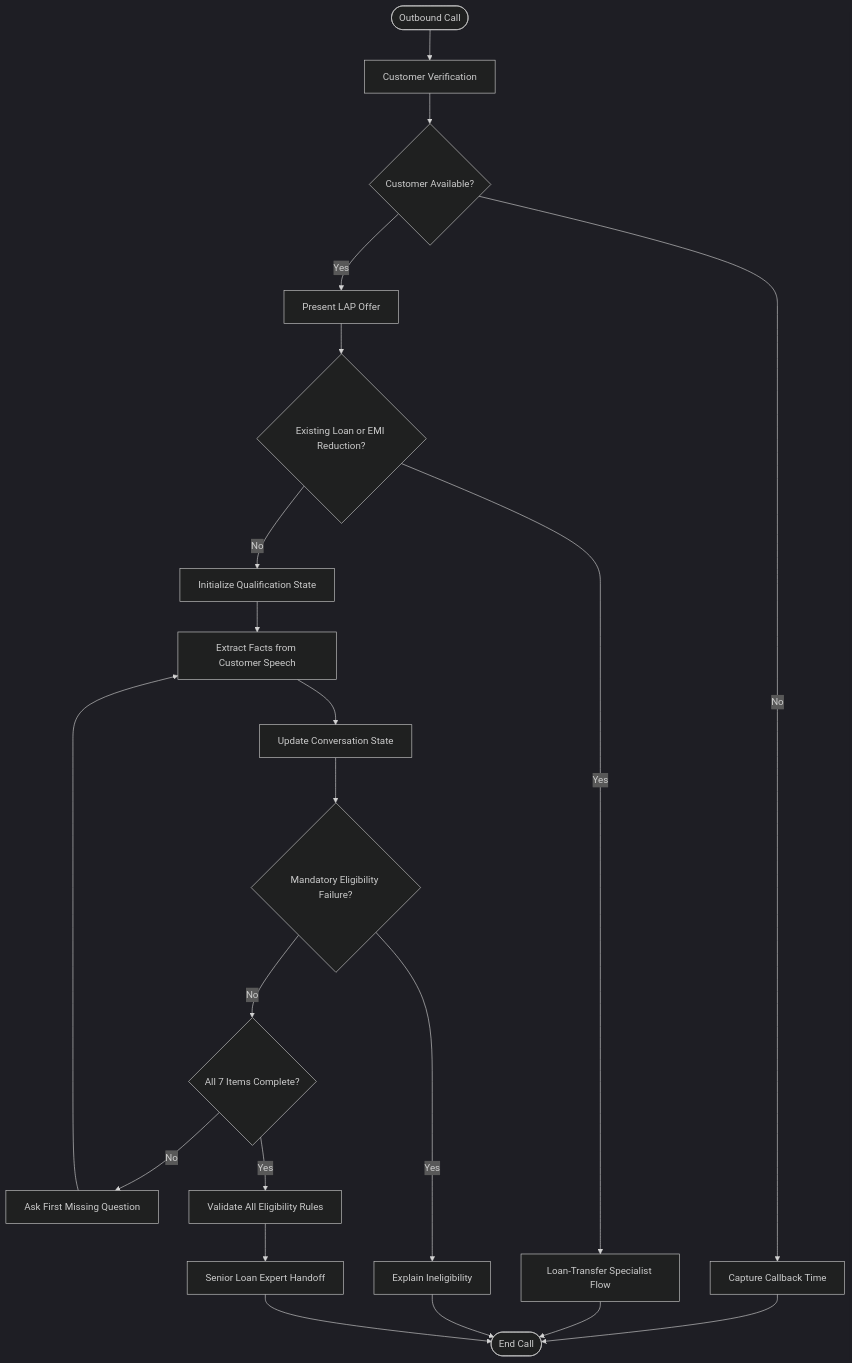
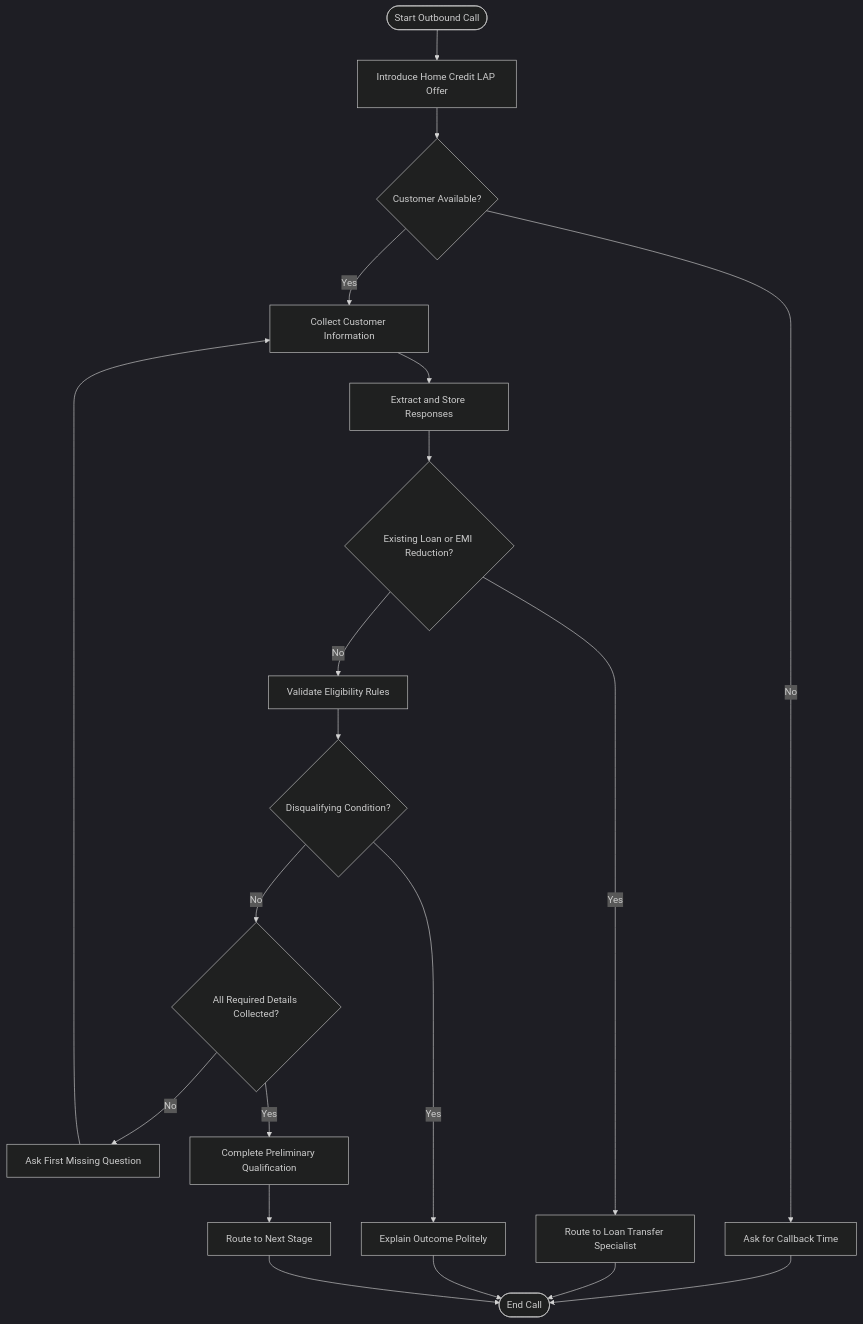
Before and after one commit to bhavanaunaidu/Sales_Agent_ai_assignment-: the diagram in README.md, drawn with Mermaid (dark theme). The commit also changed other lines of this file, not shown here.

````diff
--- a/README.md
+++ b/README.md
@@ -96,30 +88,29 @@
 ```mermaid
 flowchart TD
-    A([Outbound Call]) --> B[Customer Verification]
+    A([Start Outbound Call]) --> B[Introduce Home Credit LAP Offer]
     B --> C{Customer Available?}
 
-    C -- No --> D[Capture Callback Time]
-    D --> Z([End Call])
+    C -- No --> D[Ask for Callback Time]
+    D --> E([End Call])
 
-    C -- Yes --> E[Present LAP Offer]
-    E --> F{Existing Loan or EMI Reduction?}
+    C -- Yes --> F[Collect Customer Information]
+    F --> G[Extract and Store Responses]
+    G --> H{Existing Loan or EMI Reduction?}
 
-    F -- Yes --> G[Loan-Transfer Specialist Flow]
-    G --> Z
+    H -- Yes --> I[Route to Loan Transfer Specialist]
+    I --> E
 
-    F -- No --> H[Initialize Qualification State]
-    H --> I[Extract Facts from Customer Speech]
-    I --> J[Update Conversation State]
-    J --> K{Mandatory Eligibility Failure?}
+    H -- No --> J[Validate Eligibility Rules]
+    J --> K{Disqualifying Condition?}
 
-    K -- Yes --> L[Explain Ineligibility]
-    L --> Z
+    K -- Yes --> L[Explain Outcome Politely]
+    L --> E
 
-    K -- No --> M{All 7 Items Complete?}
+    K -- No --> M{All Required Details Collected?}
     M -- No --> N[Ask First Missing Question]
-    N --> I
+    N --> F
 
-    M -- Yes --> O[Validate All Eligibility Rules]
-    O --> P[Senior Loan Expert Handoff]
-    P --> Z
+    M -- Yes --> O[Complete Preliminary Qualification]
+    O --> P[Route to Next Stage]
+    P --> E
 ```
````
